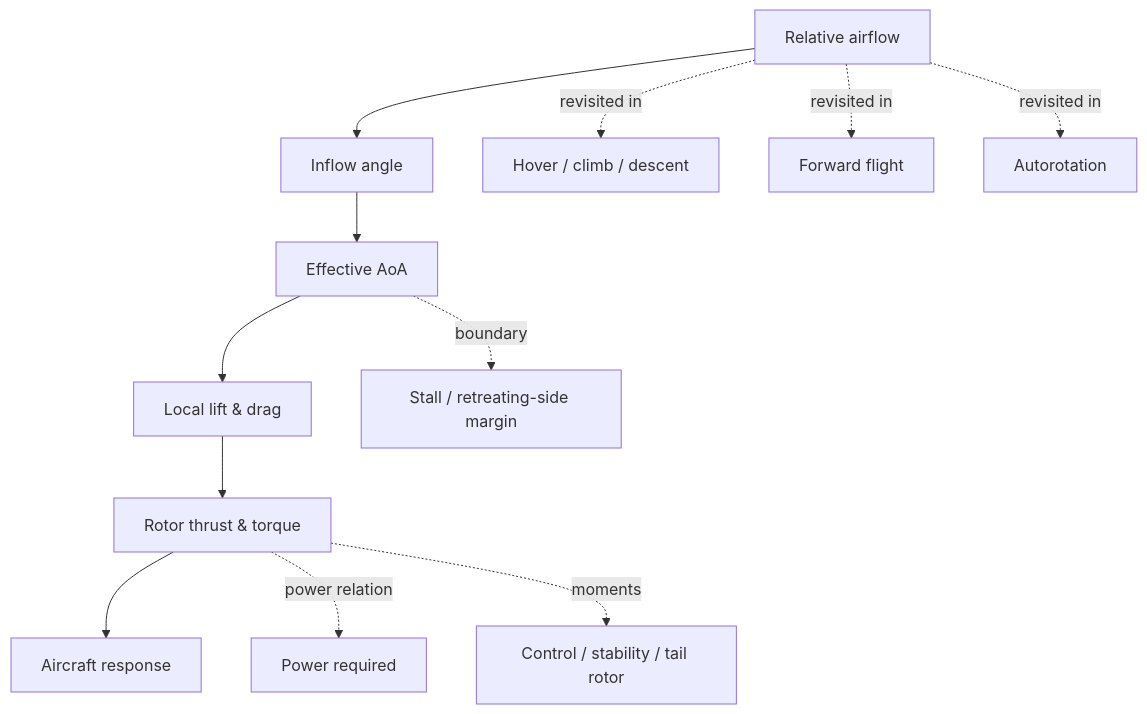
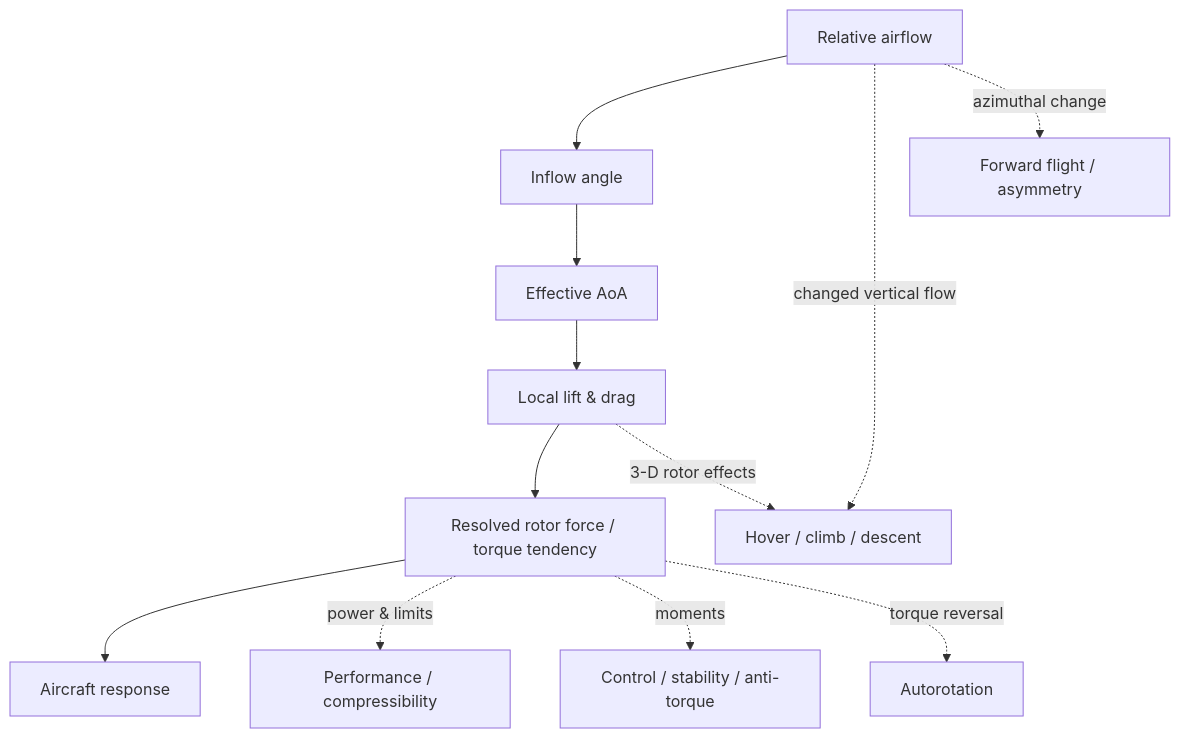
Before and after one commit to ZanneRay/ATPL-H-Learning-Ecosystem: the second of 4 diagrams in docs/curriculum/32-HOUR-CURRICULUM-MAP.md, drawn with Mermaid. The commit also changed other lines of this file, not shown here.

````diff
--- a/docs/curriculum/32-HOUR-CURRICULUM-MAP.md
+++ b/docs/curriculum/32-HOUR-CURRICULUM-MAP.md
@@ -38,16 +95,15 @@
 ```mermaid
 flowchart TB
     A[Relative airflow] --> B[Inflow angle]
     B --> C[Effective AoA]
     C --> D[Local lift & drag]
-    D --> E[Rotor thrust & torque]
+    D --> E[Resolved rotor force / torque tendency]
     E --> F[Aircraft response]
 
-    A -. revisited in .-> H[Hover / climb / descent]
-    A -. revisited in .-> FF[Forward flight]
-    A -. revisited in .-> AR[Autorotation]
-
-    C -. boundary .-> ST[Stall / retreating-side margin]
-    E -. power relation .-> PW[Power required]
-    E -. moments .-> CTRL[Control / stability / tail rotor]
+    A -. changed vertical flow .-> H[Hover / climb / descent]
+    D -. 3-D rotor effects .-> H
+    A -. azimuthal change .-> FF[Forward flight / asymmetry]
+    E -. power & limits .-> PW[Performance / compressibility]
+    E -. moments .-> CTRL[Control / stability / anti-torque]
+    E -. torque reversal .-> AR[Autorotation]
 ```
````
